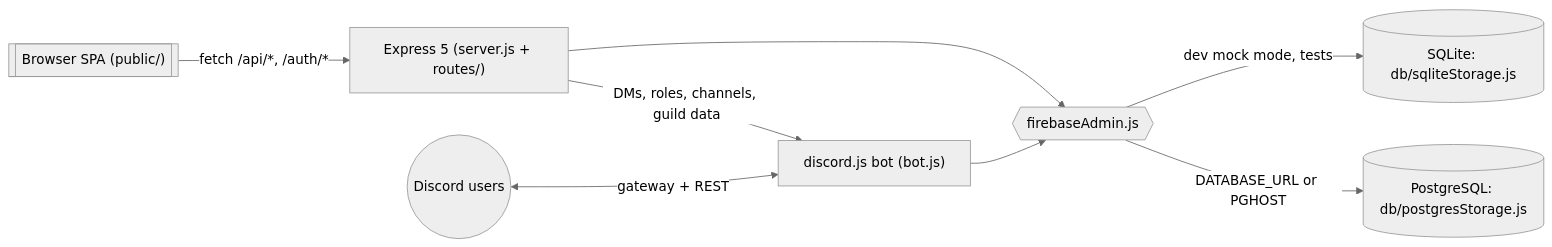
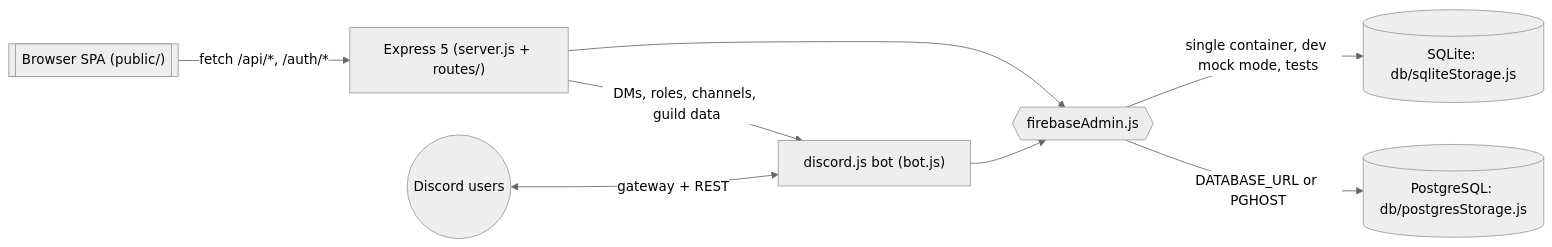
One commit to VibeGenZero/DEMS changed the diagram in docs/wiki/overview/architecture.md. Above: the diagram before and after it, drawn with Mermaid (neutral theme). The commit also changed other lines of this file and 19 other files, not shown here.

````diff
--- a/docs/wiki/overview/architecture.md
+++ b/docs/wiki/overview/architecture.md
@@ -29,10 +29,10 @@
 ```mermaid
 flowchart LR
   Browser[["Browser SPA (public/)"]] -->|"fetch /api/*, /auth/*"| Server
   DiscordUsers(("Discord users")) <-->|"gateway + REST"| Bot
   Server["Express 5 (server.js + routes/)"] -->|"DMs, roles, channels, guild data"| Bot
   Server --> Data
   Bot["discord.js bot (bot.js)"] --> Data
   Data{{"firebaseAdmin.js"}} -->|"DATABASE_URL or PGHOST"| Postgres[("PostgreSQL: db/postgresStorage.js")]
-  Data -->|"dev mock mode, tests"| SQLite[("SQLite: db/sqliteStorage.js")]
+  Data -->|"single container, dev mock mode, tests"| SQLite[("SQLite: db/sqliteStorage.js")]
 ```
````
